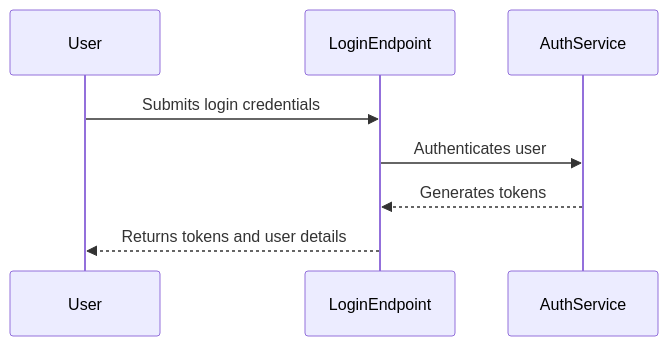
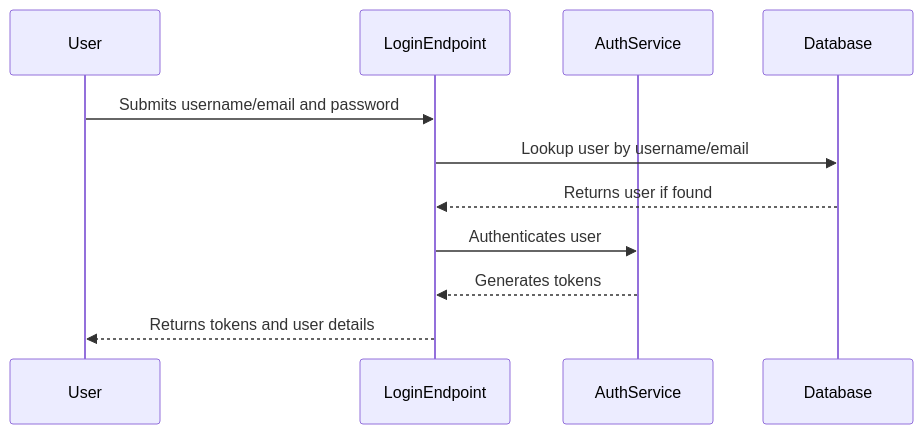
The diagram in docs/diagrams/sequences/user_login_sequence.md (d9042n/personal_backend), drawn with Mermaid before and after one commit. The commit also changed 4 other files, not shown here.

````diff
--- a/docs/diagrams/sequences/user_login_sequence.md
+++ b/docs/diagrams/sequences/user_login_sequence.md
@@ -3,11 +3,14 @@
 ```mermaid
 sequenceDiagram
     participant User
     participant LoginEndpoint
     participant AuthService
+    participant Database
 
-    User->>LoginEndpoint: Submits login credentials
+    User->>LoginEndpoint: Submits username/email and password
+    LoginEndpoint->>Database: Lookup user by username/email
+    Database-->>LoginEndpoint: Returns user if found
     LoginEndpoint->>AuthService: Authenticates user
     AuthService-->>LoginEndpoint: Generates tokens
     LoginEndpoint-->>User: Returns tokens and user details
 ```
````
